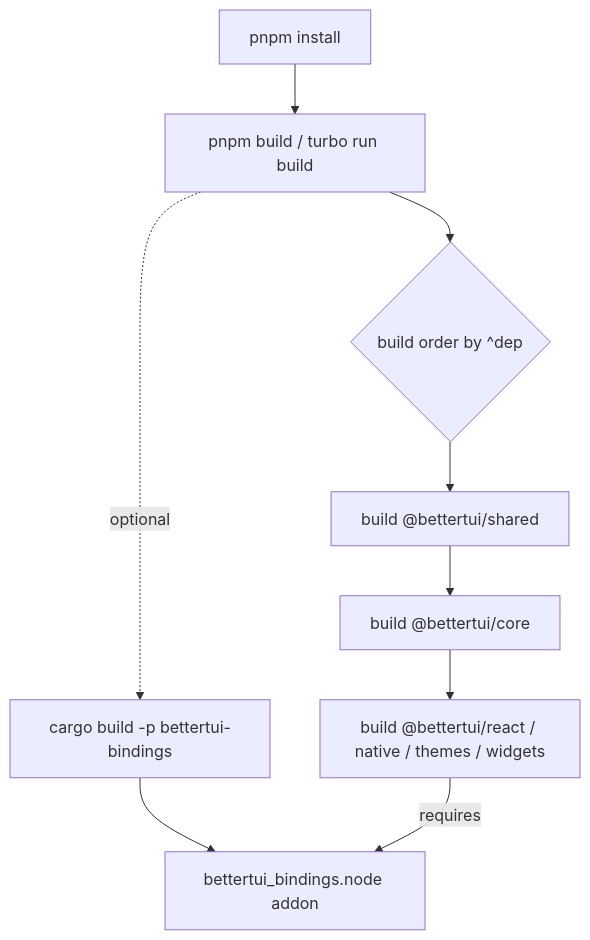
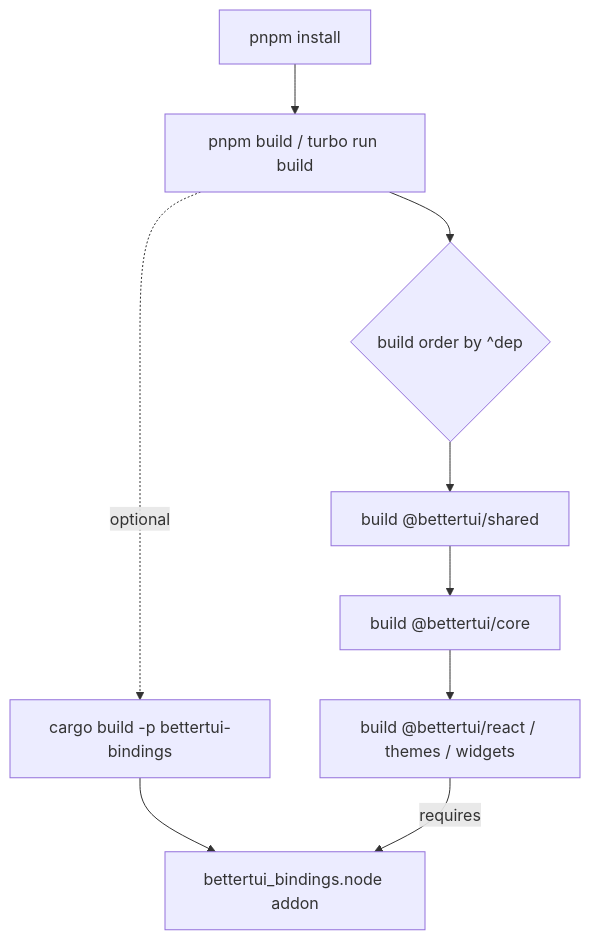
The fourth of 6 diagrams in docs/architecture/Overview.md (localfirstai/bettertui), drawn with Mermaid before and after one commit. The commit also changed other lines of this file and 235 other files, not shown here.

````diff
--- a/docs/architecture/Overview.md
+++ b/docs/architecture/Overview.md
@@ -120,11 +115,11 @@
 ```mermaid
 flowchart TD
     A[pnpm install] --> B[pnpm build / turbo run build]
     B --> C{build order by ^dep}
     C --> D[build @bettertui/shared]
     D --> E[build @bettertui/core]
-    E --> F[build @bettertui/react / native / themes / widgets]
+    E --> F[build @bettertui/react / themes / widgets]
     B -. optional .-> G[cargo build -p bettertui-bindings]
     G --> H[bettertui_bindings.node addon]
     F -->|requires| H
 ```
````
